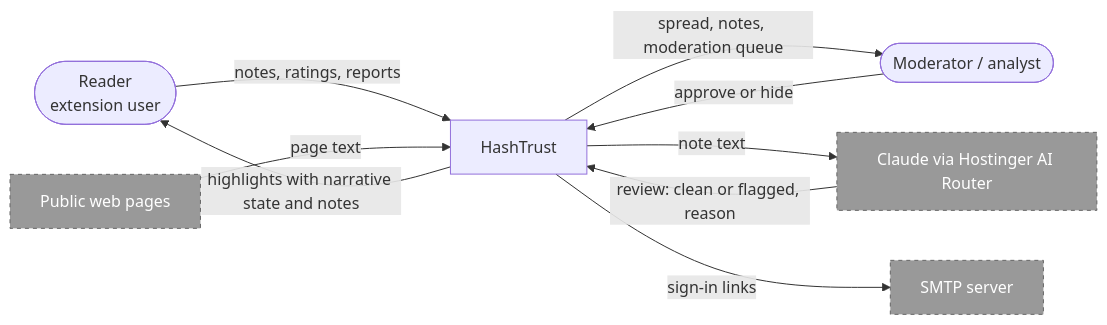
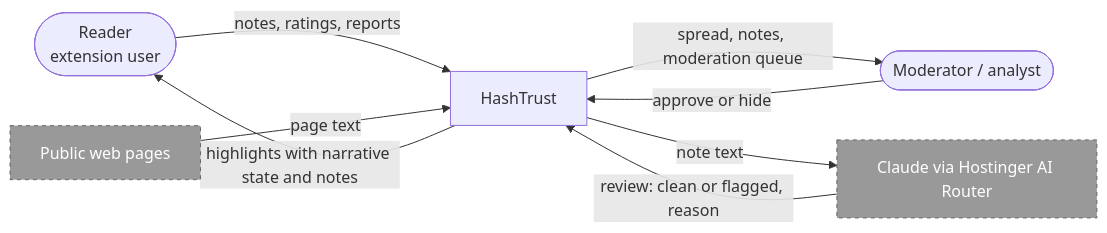
One commit to nlinnanen/konklaavi changed the first of 4 diagrams in docs/components.md. Above: the diagram before and after it, drawn with Mermaid. The commit also changed other lines of this file and 30 other files, not shown here.

````diff
--- a/docs/components.md
+++ b/docs/components.md
@@ -7,21 +7,19 @@
 ```mermaid
 flowchart LR
   Reader(["Reader<br/>extension user"])
   Mod(["Moderator / analyst"])
   Sys["HashTrust"]
   Web["Public web pages"]
   LLM["Claude via Hostinger AI Router"]
-  Mail["SMTP server"]
 
   Reader -->|"notes, ratings, reports"| Sys
   Sys -->|"highlights with narrative state and notes"| Reader
   Sys -->|"spread, notes, moderation queue"| Mod
   Mod -->|"approve or hide"| Sys
   Web -->|page text| Sys
   Sys -->|note text| LLM
   LLM -->|"review: clean or flagged, reason"| Sys
-  Sys -->|sign-in links| Mail
 
   classDef ext fill:#999,stroke:#666,stroke-dasharray:4,color:#fff
-  class Web,LLM,Mail ext
+  class Web,LLM ext
 ```
````
